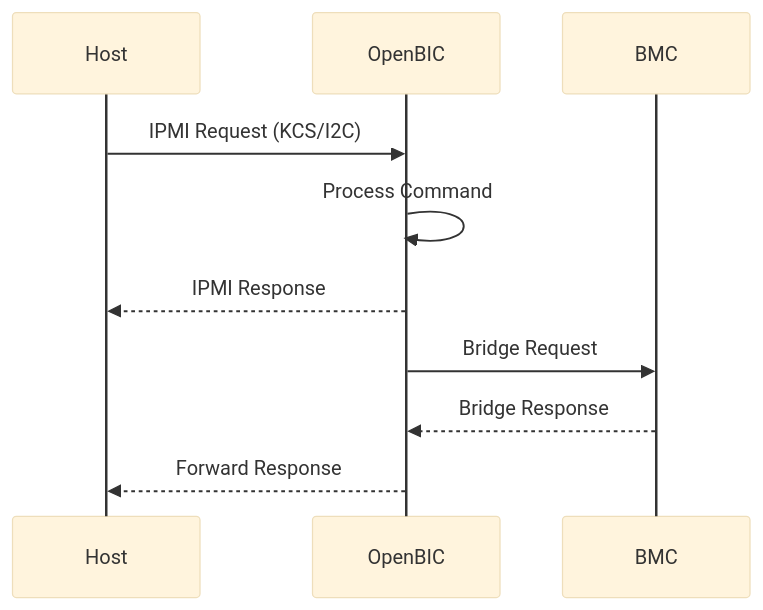
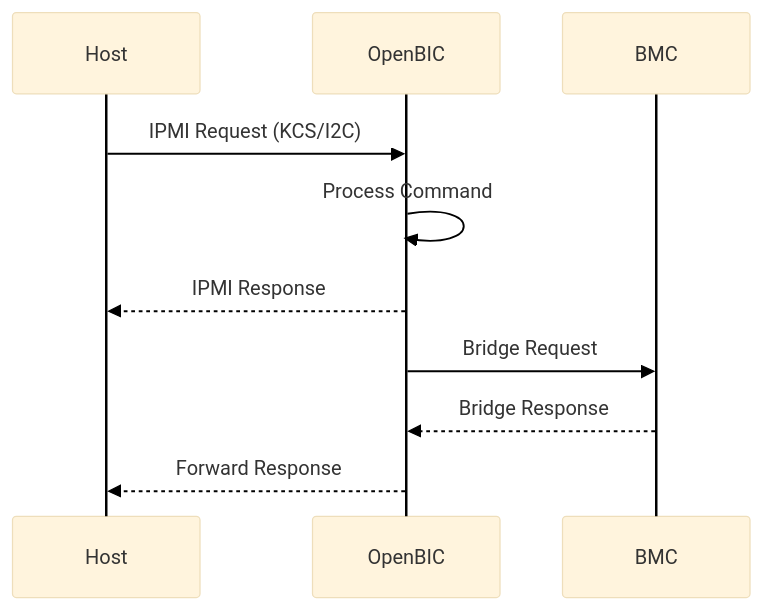
The first of 2 diagrams in part7/03-openbic-protocols.md (MichaelTien8901/zephyr-guide-tutorial), drawn with Mermaid before and after one commit. The commit also changed 2 other files, not shown here.

Commit message:
Make sequence diagram lifelines pure black (#000000)

````diff
--- a/part7/03-openbic-protocols.md
+++ b/part7/03-openbic-protocols.md
@@ -14,15 +14,15 @@
 ```mermaid
-%%{init: {'theme': 'base', 'themeVariables': {'actorLineColor': '#333333', 'signalColor': '#333333'}}}%%
+%%{init: {'theme': 'base', 'themeVariables': {'actorLineColor': '#000000', 'signalColor': '#000000'}}}%%
 sequenceDiagram
     participant Host
     participant BIC as OpenBIC
     participant BMC
 
     Host->>BIC: IPMI Request (KCS/I2C)
     BIC->>BIC: Process Command
     BIC-->>Host: IPMI Response
 
     BIC->>BMC: Bridge Request
     BMC-->>BIC: Bridge Response
     BIC-->>Host: Forward Response
 ```
````
